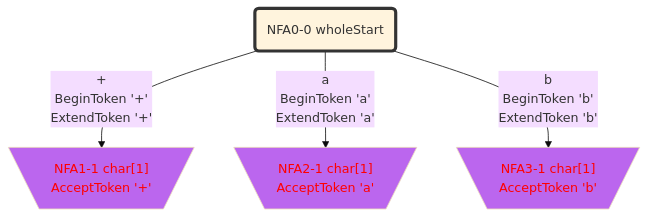
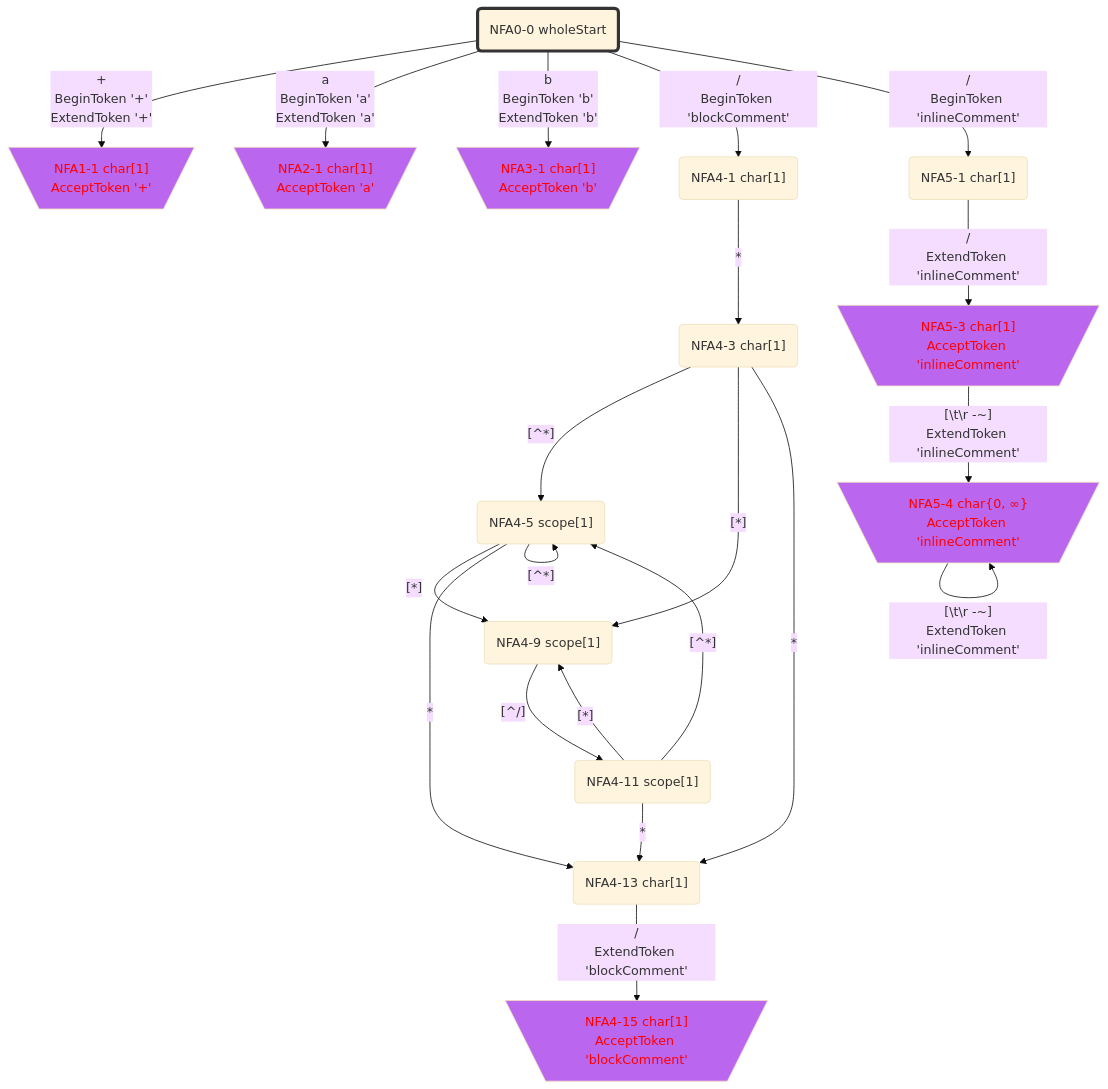
The third of 7 diagrams in Practices/Practice.GeneratedXxxFormat.Test/GeneratedABB/doc/LexicalStates.gen.md (bitzhuwei/GrammarMentor), drawn with Mermaid (base theme) before and after one commit. The commit also changed other lines of this file and 3868 other files, not shown here.

````diff
--- a/Practices/Practice.GeneratedXxxFormat.Test/GeneratedABB/doc/LexicalStates.gen.md
+++ b/Practices/Practice.GeneratedXxxFormat.Test/GeneratedABB/doc/LexicalStates.gen.md
@@ -261,38 +527,77 @@
 ```Mermaid
 flowchart
 classDef c0001 color:#FF0000;
 classDef c0010 stroke-dasharray: 10 10;
 classDef c0011 stroke-dasharray: 10 10,color:#FF0000;
 classDef c0100 fill:#BB66EE;
 classDef c0101 fill:#BB66EE,color:#FF0000;
 classDef c0110 fill:#BB66EE,stroke-dasharray: 10 10;
 classDef c0111 fill:#BB66EE,stroke-dasharray: 10 10,color:#FF0000;
 classDef c1000 stroke:#333,stroke-width:4px;
 classDef c1001 stroke:#333,stroke-width:4px,color:#FF0000;
 classDef c1010 stroke:#333,stroke-width:4px,stroke-dasharray: 10 10;
 classDef c1011 stroke:#333,stroke-width:4px,stroke-dasharray: 10 10,color:#FF0000;
 classDef c1100 stroke:#333,stroke-width:4px,fill:#BB66EE;
 classDef c1101 stroke:#333,stroke-width:4px,fill:#BB66EE,color:#FF0000;
 classDef c1110 stroke:#333,stroke-width:4px,fill:#BB66EE,stroke-dasharray: 10 10;
 classDef c1111 stroke:#333,stroke-width:4px,fill:#BB66EE,stroke-dasharray: 10 10,color:#FF0000;
-NFA0_0_63388340("NFA0-0 wholeStart")
-class NFA0_0_63388340 c1000;
-NFA1_1_44325851[\"NFA1-1 char[1]
+NFA0_0_46964992("NFA0-0 wholeStart")
+class NFA0_0_46964992 c1000;
+NFA1_1_12674872[\"NFA1-1 char[1]
 AcceptToken '+'"/]
-class NFA1_1_44325851 c0101;
-NFA2_1_33624151[\"NFA2-1 char[1]
+class NFA1_1_12674872 c0101;
+NFA2_1_20031746[\"NFA2-1 char[1]
 AcceptToken 'a'"/]
-class NFA2_1_33624151 c0101;
-NFA3_1_34181910[\"NFA3-1 char[1]
+class NFA2_1_20031746 c0101;
+NFA3_1_46067993[\"NFA3-1 char[1]
 AcceptToken 'b'"/]
-class NFA3_1_34181910 c0101;
-NFA0_0_63388340 -->|"+
+class NFA3_1_46067993 c0101;
+NFA4_1_11958757("NFA4-1 char[1]")
+NFA5_1_40519951("NFA5-1 char[1]")
+NFA4_3_60890569("NFA4-3 char[1]")
+NFA5_3_29135240[\"NFA5-3 char[1]
+AcceptToken 'inlineComment'"/]
+class NFA5_3_29135240 c0101;
+NFA4_5_33189039("NFA4-5 scope[1]")
+NFA4_9_11144211("NFA4-9 scope[1]")
+NFA4_13_30265903("NFA4-13 char[1]")
+NFA5_4_3957675[\"NFA5-4 char{0, ∞}
+AcceptToken 'inlineComment'"/]
+class NFA5_4_3957675 c0101;
+NFA4_11_52136226("NFA4-11 scope[1]")
+NFA4_15_35619075[\"NFA4-15 char[1]
+AcceptToken 'blockComment'"/]
+class NFA4_15_35619075 c0101;
+NFA0_0_46964992 -->|"+
 BeginToken '+'
-ExtendToken '+'"|NFA1_1_44325851
-NFA0_0_63388340 -->|"a
+ExtendToken '+'"|NFA1_1_12674872
+NFA0_0_46964992 -->|"a
 BeginToken 'a'
-ExtendToken 'a'"|NFA2_1_33624151
-NFA0_0_63388340 -->|"b
+ExtendToken 'a'"|NFA2_1_20031746
+NFA0_0_46964992 -->|"b
 BeginToken 'b'
-ExtendToken 'b'"|NFA3_1_34181910
+ExtendToken 'b'"|NFA3_1_46067993
+NFA0_0_46964992 -->|"/
+BeginToken 'blockComment'"|NFA4_1_11958757
+NFA0_0_46964992 -->|"/
+BeginToken 'inlineComment'"|NFA5_1_40519951
+NFA4_1_11958757 -->|"*"|NFA4_3_60890569
+NFA5_1_40519951 -->|"/
+ExtendToken 'inlineComment'"|NFA5_3_29135240
+NFA4_3_60890569 -->|"[^*]"|NFA4_5_33189039
+NFA4_3_60890569 -->|"[*]"|NFA4_9_11144211
+NFA4_3_60890569 -->|"*"|NFA4_13_30265903
+NFA5_3_29135240 -->|"[#92;t#92;r#32;-~]
+ExtendToken 'inlineComment'"|NFA5_4_3957675
+NFA4_5_33189039 -->|"[^*]"|NFA4_5_33189039
+NFA4_5_33189039 -->|"[*]"|NFA4_9_11144211
+NFA4_5_33189039 -->|"*"|NFA4_13_30265903
+NFA4_9_11144211 -->|"[^/]"|NFA4_11_52136226
+NFA4_13_30265903 -->|"/
+ExtendToken 'blockComment'"|NFA4_15_35619075
+NFA5_4_3957675 -->|"[#92;t#92;r#32;-~]
+ExtendToken 'inlineComment'"|NFA5_4_3957675
+NFA4_11_52136226 -->|"[^*]"|NFA4_5_33189039
+NFA4_11_52136226 -->|"[*]"|NFA4_9_11144211
+NFA4_11_52136226 -->|"*"|NFA4_13_30265903
 ```
````
